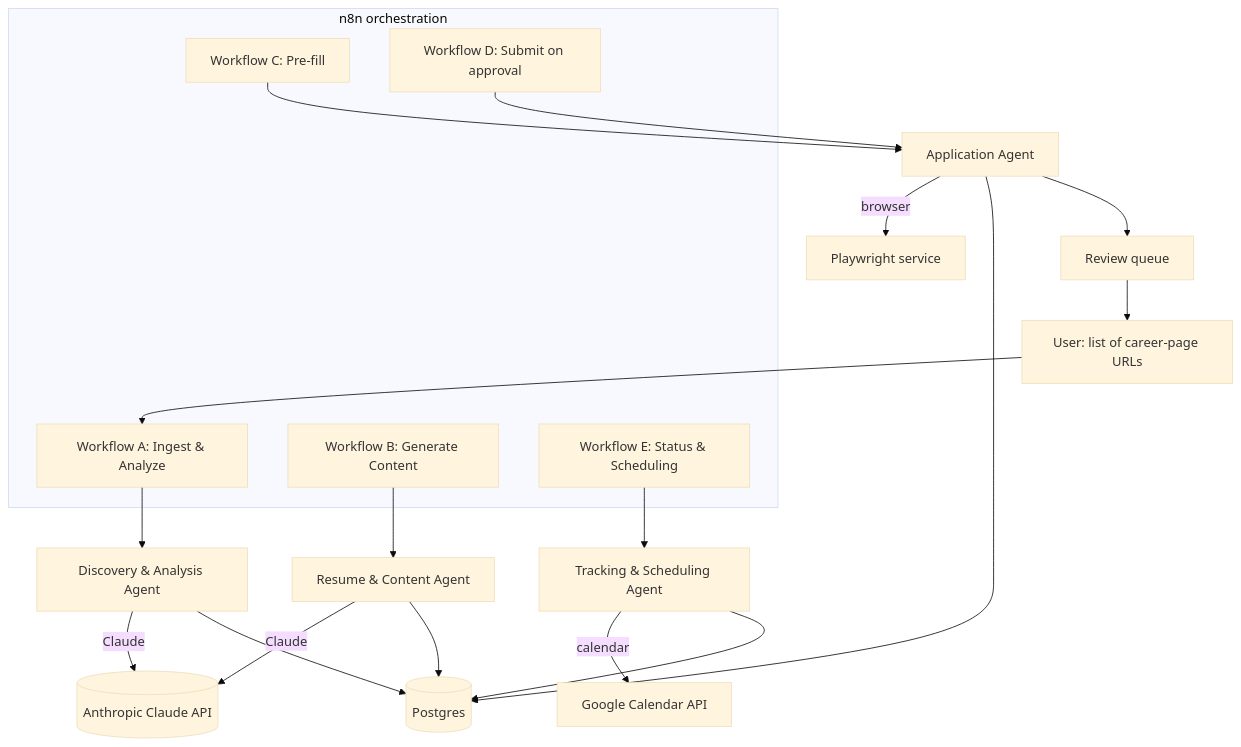
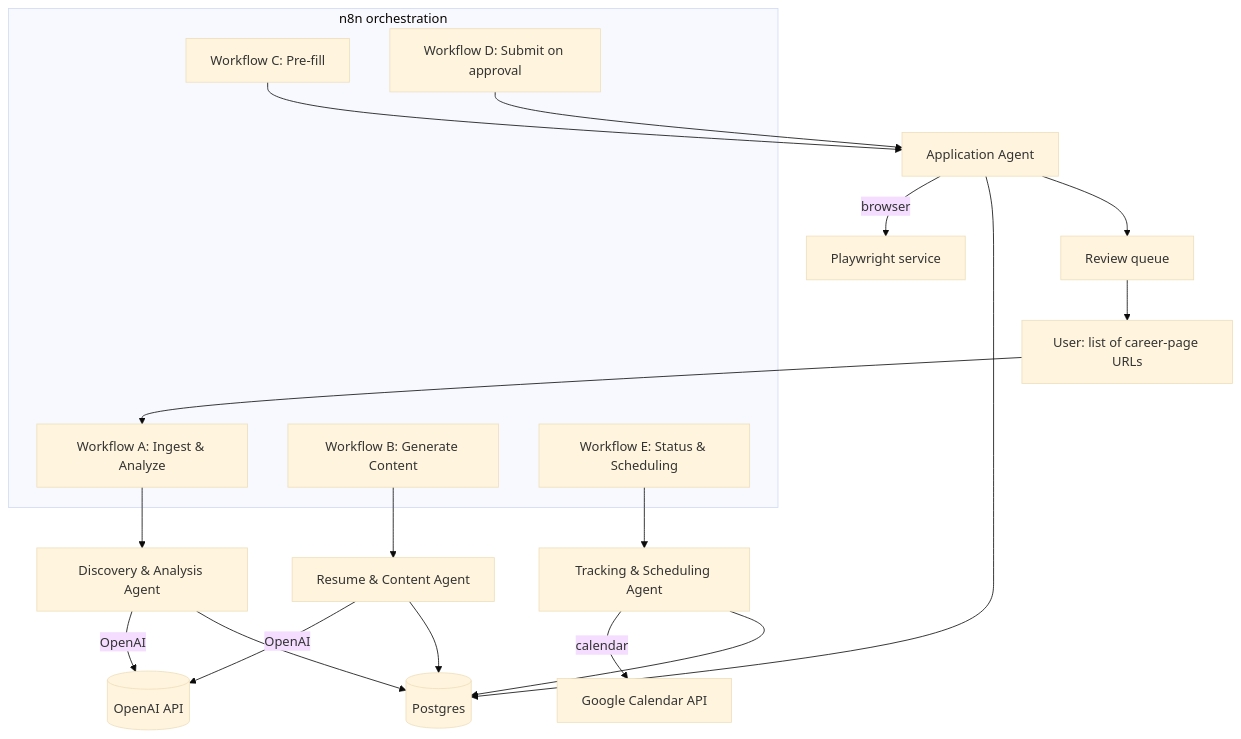
The diagram in docs/ARCHITECTURE.md (vyas88/JobAgent-Multi-Agent-Job-Application-Automation-), drawn with Mermaid (base theme) before and after one commit. The commit also changed other lines of this file and 31 other files, not shown here.

Commit message:
Phase 0: foundations + schema reconciled and verified against live Neon

````diff
--- a/docs/ARCHITECTURE.md
+++ b/docs/ARCHITECTURE.md
@@ -13,30 +13,30 @@
 ```mermaid
 flowchart TD
     U[User: list of career-page URLs] --> WA
 
     subgraph n8n[n8n orchestration]
         WA[Workflow A: Ingest & Analyze]
         WB[Workflow B: Generate Content]
         WC[Workflow C: Pre-fill]
         WD[Workflow D: Submit on approval]
         WE[Workflow E: Status & Scheduling]
     end
 
     WA --> A1[Discovery & Analysis Agent]
     WB --> A2[Resume & Content Agent]
     WC --> A3[Application Agent]
     WD --> A3
     WE --> A4[Tracking & Scheduling Agent]
 
-    A1 -->|Claude| C[(Anthropic Claude API)]
-    A2 -->|Claude| C
+    A1 -->|OpenAI| C[(OpenAI API)]
+    A2 -->|OpenAI| C
     A3 -->|browser| P[Playwright service]
     A4 -->|calendar| G[Google Calendar API]
 
     A1 --> DB[(Postgres)]
     A2 --> DB
     A3 --> DB
     A4 --> DB
 
     A3 --> Q[Review queue] --> U
 ```
````
